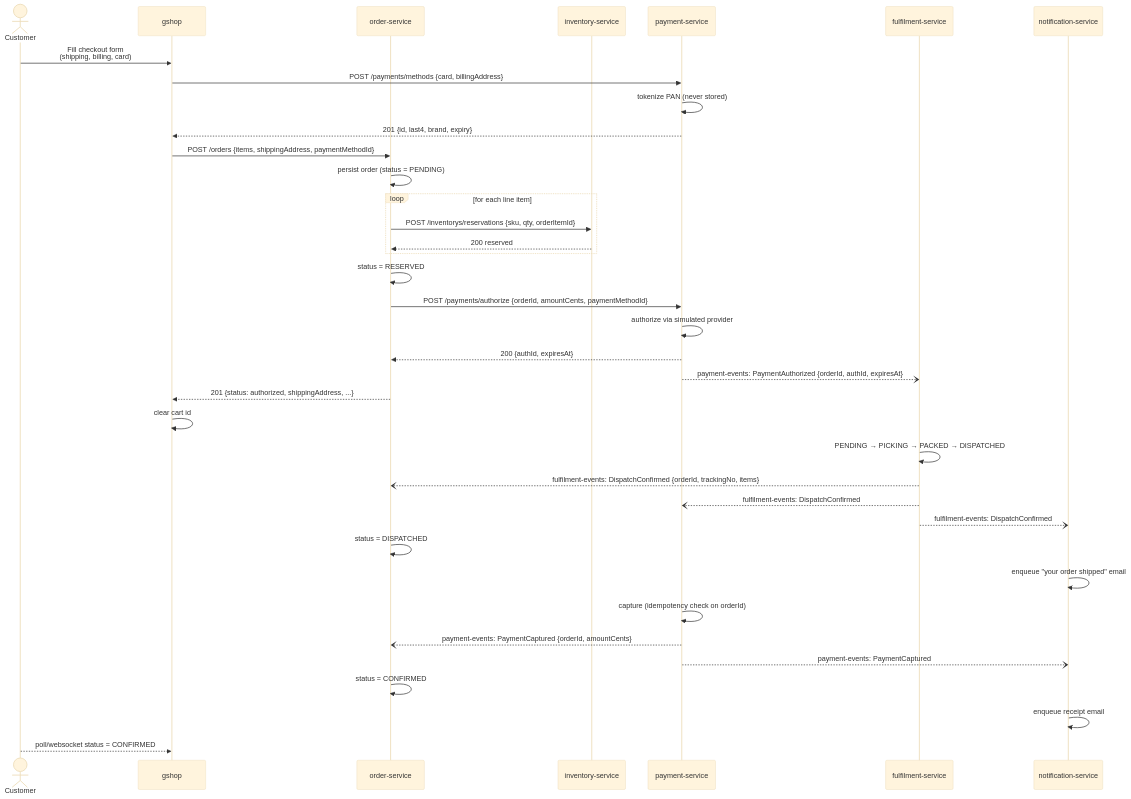
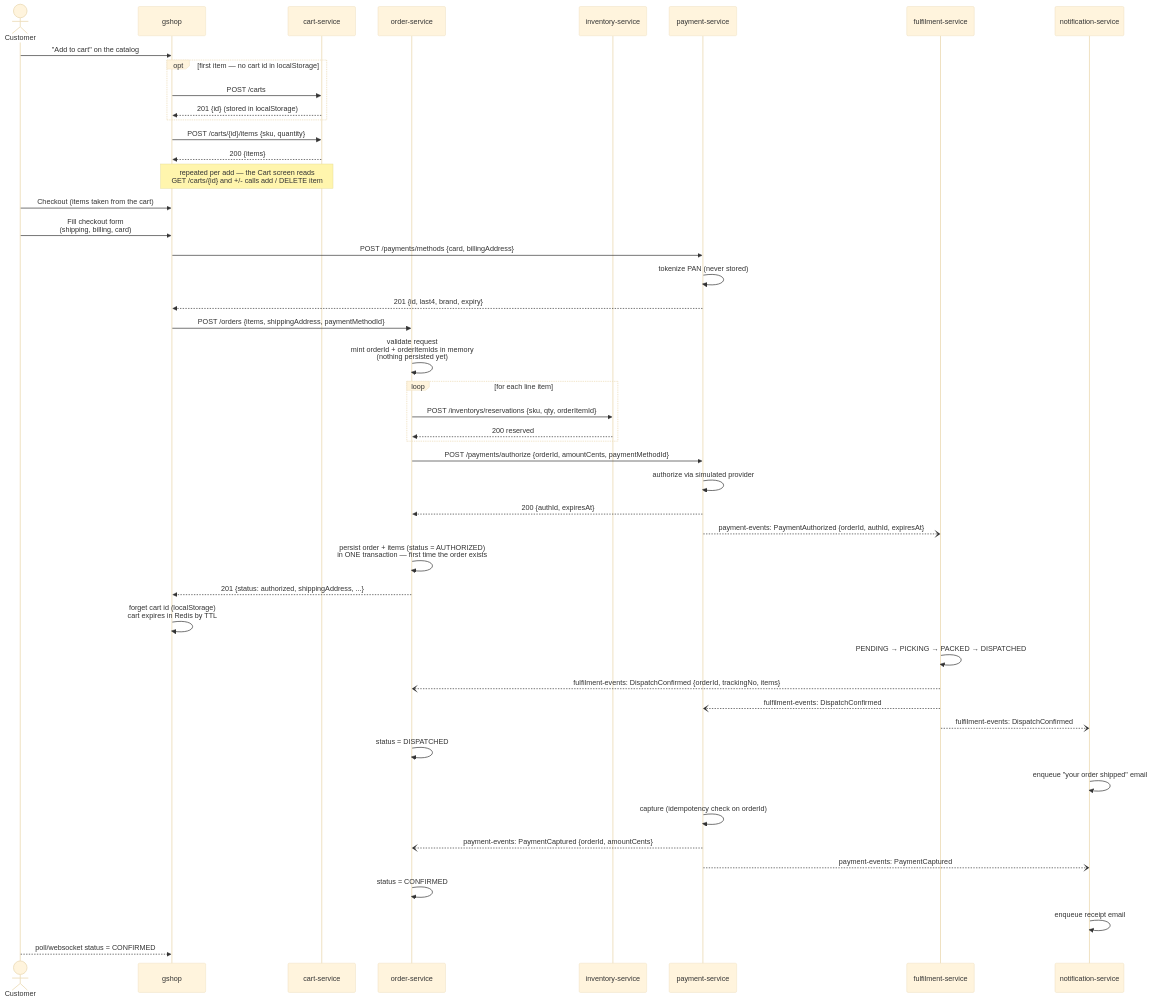
Before and after one commit to beckfordp/gluon: the diagram in docs/diagrams/checkout-happy-path.mmd, drawn with Mermaid (base theme). The commit also changed 12 other files, not shown here.

Commit message:
docs(adr): Add ADR 0018 — no order row until authorized

```diff
--- a/docs/diagrams/checkout-happy-path.mmd
+++ b/docs/diagrams/checkout-happy-path.mmd
@@ -1,38 +1,48 @@
 sequenceDiagram
     actor C as Customer
     participant G as gshop
+    participant K as cart-service
     participant O as order-service
     participant I as inventory-service
     participant P as payment-service
     participant F as fulfilment-service
     participant N as notification-service
 
+    C->>G: "Add to cart" on the catalog
+    opt first item — no cart id in localStorage
+        G->>K: POST /carts
+        K-->>G: 201 {id} (stored in localStorage)
+    end
+    G->>K: POST /carts/{id}/items {sku, quantity}
+    K-->>G: 200 {items}
+    Note over G,K: repeated per add — the Cart screen reads<br/>GET /carts/{id} and +/- calls add / DELETE item
+    C->>G: Checkout (items taken from the cart)
     C->>G: Fill checkout form<br/>(shipping, billing, card)
     G->>P: POST /payments/methods {card, billingAddress}
     P->>P: tokenize PAN (never stored)
     P-->>G: 201 {id, last4, brand, expiry}
     G->>O: POST /orders {items, shippingAddress, paymentMethodId}
-    O->>O: persist order (status = PENDING)
+    O->>O: validate request<br/>mint orderId + orderItemIds in memory<br/>(nothing persisted yet)
     loop for each line item
         O->>I: POST /inventorys/reservations {sku, qty, orderItemId}
         I-->>O: 200 reserved
     end
-    O->>O: status = RESERVED
     O->>P: POST /payments/authorize {orderId, amountCents, paymentMethodId}
     P->>P: authorize via simulated provider
     P-->>O: 200 {authId, expiresAt}
     P--)F: payment-events: PaymentAuthorized {orderId, authId, expiresAt}
+    O->>O: persist order + items (status = AUTHORIZED)<br/>in ONE transaction — first time the order exists
     O-->>G: 201 {status: authorized, shippingAddress, ...}
-    G->>G: clear cart id
+    G->>G: forget cart id (localStorage)<br/>cart expires in Redis by TTL
     F->>F: PENDING → PICKING → PACKED → DISPATCHED
     F--)O: fulfilment-events: DispatchConfirmed {orderId, trackingNo, items}
     F--)P: fulfilment-events: DispatchConfirmed
     F--)N: fulfilment-events: DispatchConfirmed
     O->>O: status = DISPATCHED
     N->>N: enqueue "your order shipped" email
     P->>P: capture (idempotency check on orderId)
     P--)O: payment-events: PaymentCaptured {orderId, amountCents}
     P--)N: payment-events: PaymentCaptured
     O->>O: status = CONFIRMED
     N->>N: enqueue receipt email
     C-->>G: poll/websocket status = CONFIRMED
```
